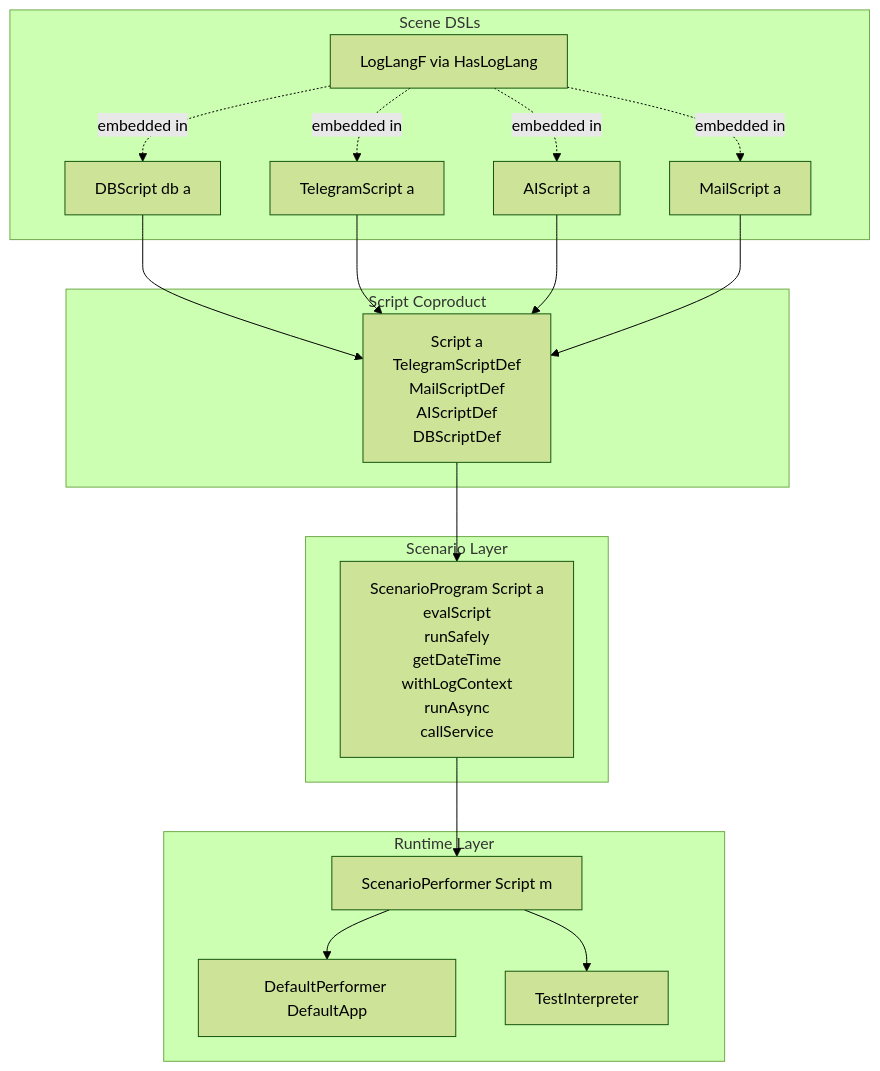
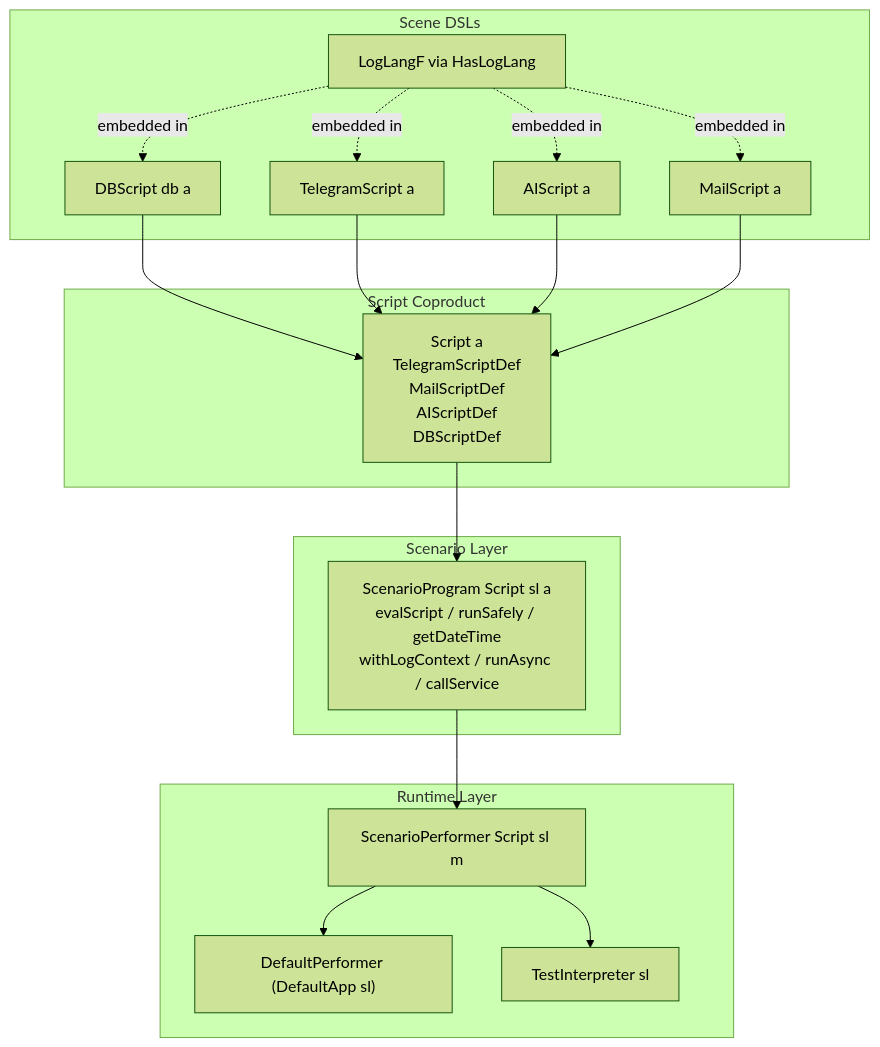
One commit to BenefitWizard/lazy-circus changed the diagram in docs/skills/lazy-circus/reference/scenarios.md. Above: the diagram before and after it, drawn with Mermaid (forest theme). The commit also changed other lines of this file and 20 other files, not shown here.

````diff
--- a/docs/skills/lazy-circus/reference/scenarios.md
+++ b/docs/skills/lazy-circus/reference/scenarios.md
@@ -11,37 +11,37 @@
 ```mermaid
 flowchart TB
-    subgraph Scene[Scene DSLs]
-        DB[DBScript db a]
-        TG[TelegramScript a]
-        AI[AIScript a]
-        MAIL[MailScript a]
-        LOG[LogLangF via HasLogLang]
+    subgraph Scene["Scene DSLs"]
+        DB["DBScript db a"]
+        TG["TelegramScript a"]
+        AI["AIScript a"]
+        MAIL["MailScript a"]
+        LOG["LogLangF via HasLogLang"]
     end
 
-    subgraph ScriptLayer[Script Coproduct]
-        SCRIPT[Script a\nTelegramScriptDef\nMailScriptDef\nAIScriptDef\nDBScriptDef]
+    subgraph ScriptLayer["Script Coproduct"]
+        SCRIPT["Script a<br/>TelegramScriptDef<br/>MailScriptDef<br/>AIScriptDef<br/>DBScriptDef"]
     end
 
-    subgraph ScenarioLayer[Scenario Layer]
-        SCEN[ScenarioProgram Script a\nevalScript\nrunSafely\ngetDateTime\nwithLogContext\nrunAsync\ncallService]
+    subgraph ScenarioLayer["Scenario Layer"]
+        SCEN["ScenarioProgram Script sl a<br/>evalScript / runSafely / getDateTime<br/>withLogContext / runAsync / callService"]
     end
 
-    subgraph Runtime[Runtime Layer]
-        PERF[ScenarioPerformer Script m]
-        DEF[DefaultPerformer DefaultApp]
-        TEST[TestInterpreter]
+    subgraph Runtime["Runtime Layer"]
+        PERF["ScenarioPerformer Script sl m"]
+        DEF["DefaultPerformer (DefaultApp sl)"]
+        TEST["TestInterpreter sl"]
     end
 
     DB --> SCRIPT
     TG --> SCRIPT
     AI --> SCRIPT
     MAIL --> SCRIPT
-    LOG -. embedded in .-> DB
-    LOG -. embedded in .-> TG
-    LOG -. embedded in .-> AI
-    LOG -. embedded in .-> MAIL
+    LOG -.->|embedded in| DB
+    LOG -.->|embedded in| TG
+    LOG -.->|embedded in| AI
+    LOG -.->|embedded in| MAIL
     SCRIPT --> SCEN
     SCEN --> PERF
     PERF --> DEF
     PERF --> TEST
 ```
````
